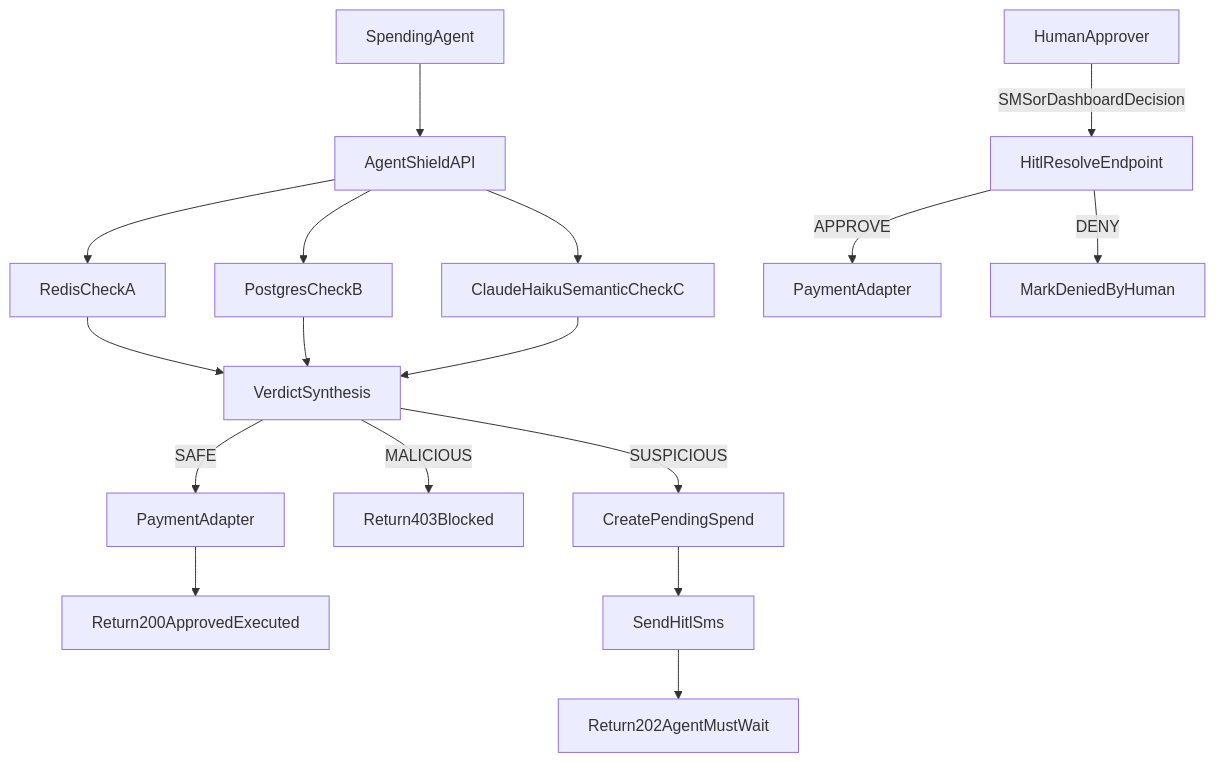
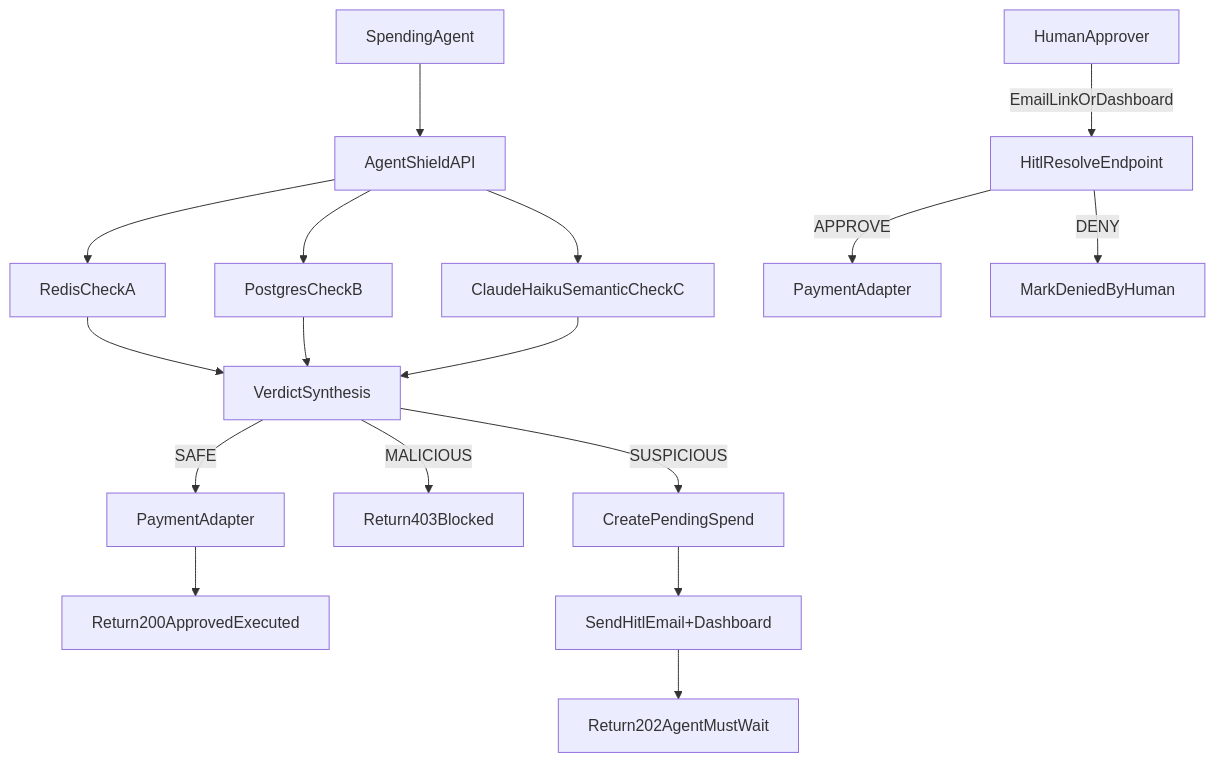
One commit to lucarizzo03/AgentShieldv2 changed the diagram in README.md. Above: the diagram before and after it, drawn with Mermaid. The commit also changed other lines of this file, not shown here.

Commit message:
Update README: remove Twilio/SMS refs, document email HITL + SMS coming soon

````diff
--- a/README.md
+++ b/README.md
@@ -77,19 +72,19 @@
 ```mermaid
 flowchart TD
     agent[SpendingAgent] --> firewall[AgentShieldAPI]
     firewall --> checkA[RedisCheckA]
     firewall --> checkB[PostgresCheckB]
     firewall --> checkC[ClaudeHaikuSemanticCheckC]
     checkA --> synth[VerdictSynthesis]
     checkB --> synth
     checkC --> synth
     synth -->|SAFE| pay[PaymentAdapter]
     pay --> ok200[Return200ApprovedExecuted]
     synth -->|MALICIOUS| deny403[Return403Blocked]
     synth -->|SUSPICIOUS| pending[CreatePendingSpend]
-    pending --> sms[SendHitlSms]
-    sms --> resp202[Return202AgentMustWait]
-    human[HumanApprover] -->|SMSorDashboardDecision| resolve[HitlResolveEndpoint]
+    pending --> email[SendHitlEmail+Dashboard]
+    email --> resp202[Return202AgentMustWait]
+    human[HumanApprover] -->|EmailLinkOrDashboard| resolve[HitlResolveEndpoint]
     resolve -->|APPROVE| pay2[PaymentAdapter]
     resolve -->|DENY| denyHuman[MarkDeniedByHuman]
 ```
````
